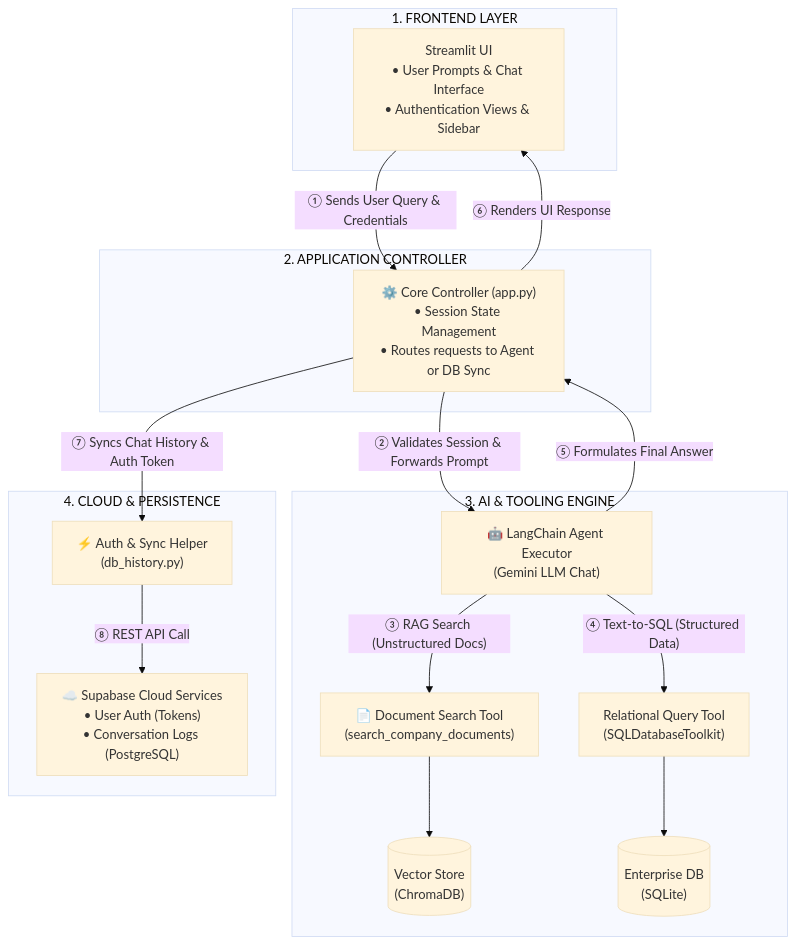
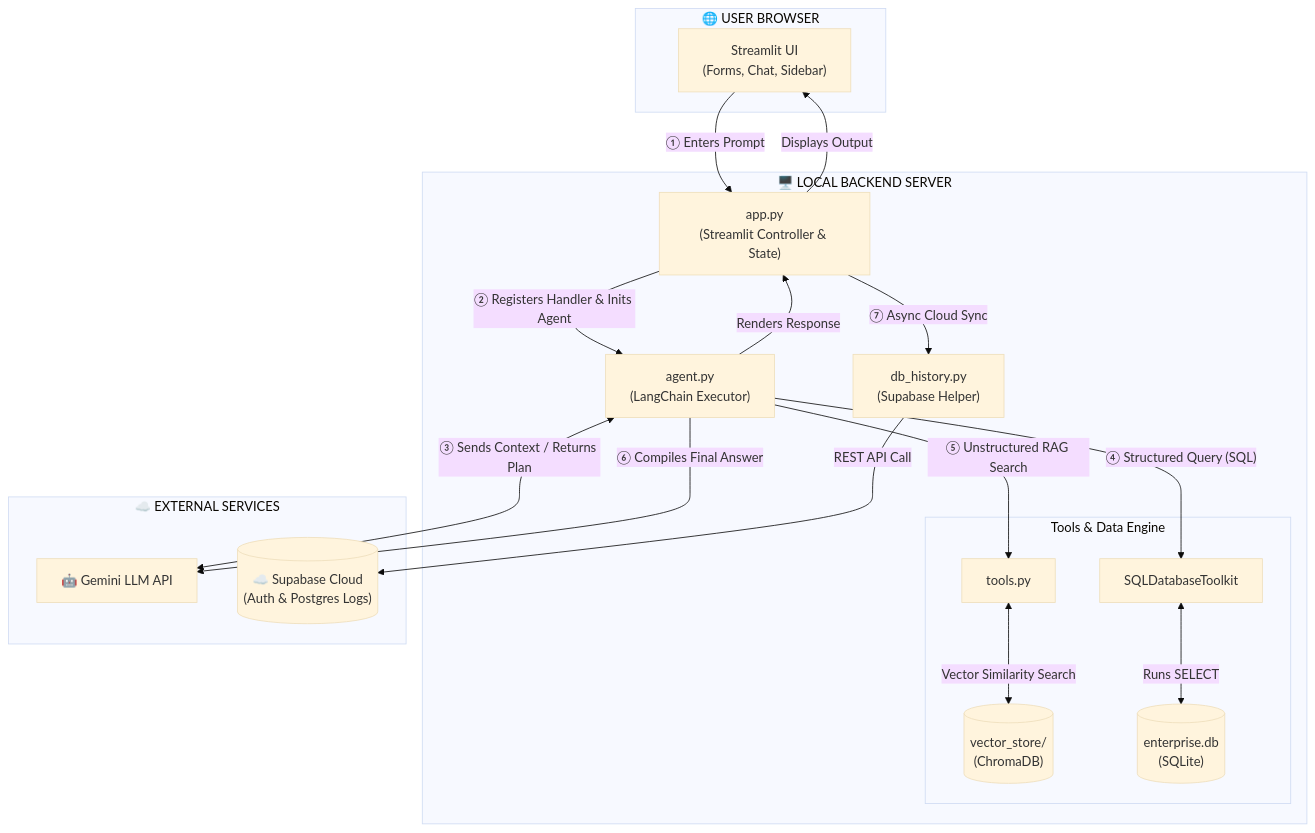
One commit to snehawalve/BizWhisperer-Smart-AI-Data-Agent changed the diagram in README.md. Above: the diagram before and after it, drawn with Mermaid (base theme).

````diff
--- a/README.md
+++ b/README.md
@@ -29,38 +29,44 @@
 ```mermaid
 flowchart TD
-    %% Node Definitions
-    subgraph Layer1 ["1. FRONTEND LAYER"]
-        UI["Streamlit UI<br/>• User Prompts & Chat Interface<br/>• Authentication Views & Sidebar"]
+    %% Architecture Nodes
+    subgraph Browser ["🌐 USER BROWSER"]
+        UI["Streamlit UI<br/>(Forms, Chat, Sidebar)"]
     end
 
-    subgraph Layer2 ["2. APPLICATION CONTROLLER"]
-        APP["⚙️ Core Controller (app.py)<br/>• Session State Management<br/>• Routes requests to Agent or DB Sync"]
+    subgraph Server ["🖥️ LOCAL BACKEND SERVER"]
+        APP["app.py<br/>(Streamlit Controller & State)"]
+        AGENT["agent.py<br/>(LangChain Executor)"]
+        
+        subgraph Tools ["Tools & Data Engine"]
+            TOOLS["tools.py"]
+            CHROMA[("vector_store/<br/>(ChromaDB)")]
+            SQL_TOOL["SQLDatabaseToolkit"]
+            SQLITE[("enterprise.db<br/>(SQLite)")]
+        end
+        
+        DB_HIST["db_history.py<br/>(Supabase Helper)"]
     end
 
-    subgraph Layer3 ["3. AI & TOOLING ENGINE"]
-        AGENT["🤖 LangChain Agent Executor<br/>(Gemini LLM Chat)"]
-        TOOLS["📄 Document Search Tool<br/>(search_company_documents)"]
-        SQL_TOOL["Relational Query Tool<br/>(SQLDatabaseToolkit)"]
-        
-        VECTOR[("Vector Store<br/>(ChromaDB)")]
-        SQLITE[("Enterprise DB<br/>(SQLite)")]
+    subgraph External ["☁️ EXTERNAL SERVICES"]
+        LLM["🤖 Gemini LLM API"]
+        SUPA[("☁️ Supabase Cloud<br/>(Auth & Postgres Logs)")]
     end
 
-    subgraph Layer4 ["4. CLOUD & PERSISTENCE"]
-        DB_HIST["⚡ Auth & Sync Helper<br/>(db_history.py)"]
-        SUPA["☁️ Supabase Cloud Services<br/>• User Auth (Tokens)<br/>• Conversation Logs (PostgreSQL)"]
-    end
-
-    %% Data Flow & Execution Order
-    UI -->|"① Sends User Query & Credentials"| APP
-    APP -->|"② Validates Session & Forwards Prompt"| AGENT
+    %% Data Flow Execution Order
+    UI -->|"① Enters Prompt"| APP
+    APP -->|"② Registers Handler & Inits Agent"| AGENT
+    AGENT <-->|"③ Sends Context / Returns Plan"| LLM
     
-    AGENT -->|"③ RAG Search (Unstructured Docs)"| TOOLS --> VECTOR
-    AGENT -->|"④ Text-to-SQL (Structured Data)"| SQL_TOOL --> SQLITE
+    AGENT -->|"④ Structured Query (SQL)"| SQL_TOOL
+    SQL_TOOL <-->|"Runs SELECT"| SQLITE
     
-    AGENT -->|"⑤ Formulates Final Answer"| APP
-    APP -->|"⑥ Renders UI Response"| UI
+    AGENT -->|"⑤ Unstructured RAG Search"| TOOLS
+    TOOLS <-->|"Vector Similarity Search"| CHROMA
     
-    APP -->|"⑦ Syncs Chat History & Auth Token"| DB_HIST
-    DB_HIST -->|"⑧ REST API Call"| SUPA
+    AGENT -->|"⑥ Compiles Final Answer"| LLM
+    AGENT -->|"Renders Response"| APP
+    APP -->|"Displays Output"| UI
+    
+    APP -->|"⑦ Async Cloud Sync"| DB_HIST
+    DB_HIST -->|"REST API Call"| SUPA
 ```
````
